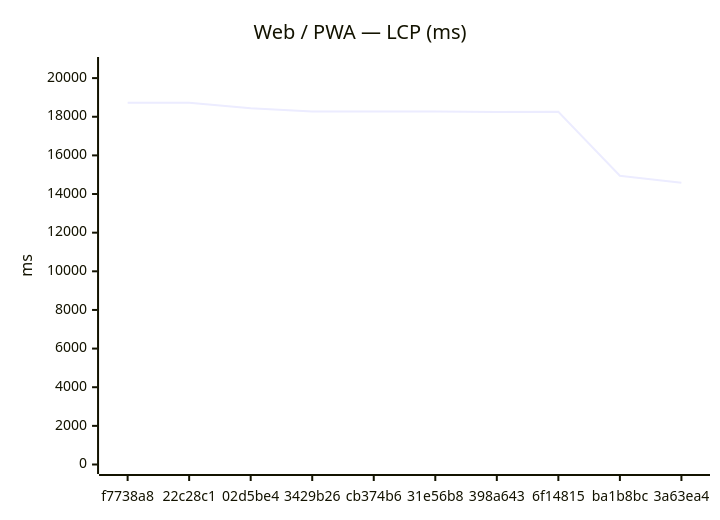
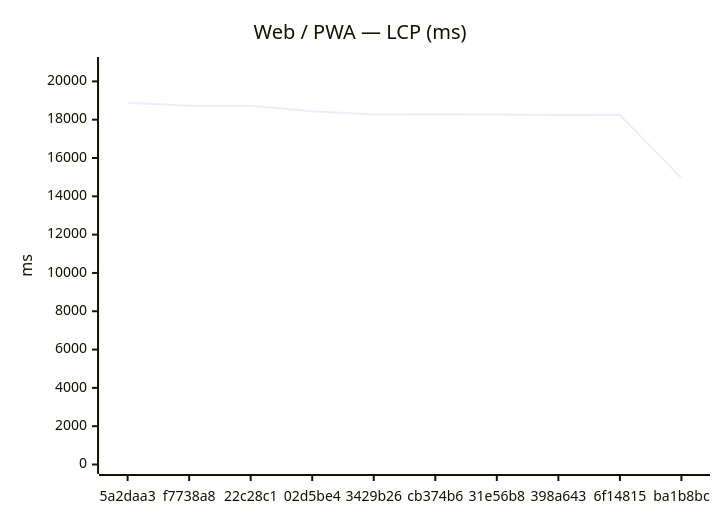
Before and after one commit to Metaheurist/Rianell: the first of 18 diagrams in benchmarks/compare.md, drawn with Mermaid. The commit also changed other lines of this file and 11 other files, not shown here.

````diff
--- a/benchmarks/compare.md
+++ b/benchmarks/compare.md
@@ -24,7 +24,7 @@
 ```mermaid
 xychart-beta
     title "Web / PWA — LCP (ms)"
-    x-axis ["f7738a8", "22c28c1", "02d5be4", "3429b26", "cb374b6", "31e56b8", "398a643", "6f14815", "ba1b8bc", "3a63ea4"]
-    y-axis "ms" 0 --> 20601
-    line [18728, 18722, 18436, 18270, 18278, 18267, 18242, 18254, 14947, 14588]
+    x-axis ["5a2daa3", "f7738a8", "22c28c1", "02d5be4", "3429b26", "cb374b6", "31e56b8", "398a643", "6f14815", "ba1b8bc"]
+    y-axis "ms" 0 --> 20777
+    line [18888, 18728, 18722, 18436, 18270, 18278, 18267, 18242, 18254, 14947]
 ```
````
